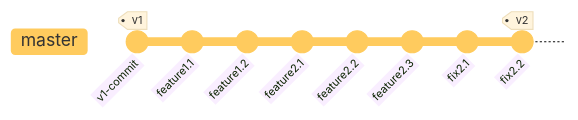
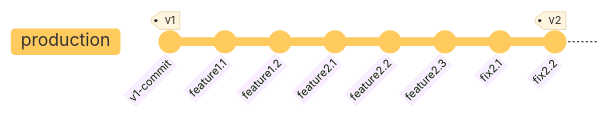
The fourth of 5 diagrams in doc/GIT_USAGE.md (NOAA-OWP/DMOD), drawn with Mermaid before and after one commit. The commit also changed other lines of this file, not shown here.

First line of the commit message:
Adjust names of branches in GIT_USAGE.md.

````diff
--- a/doc/GIT_USAGE.md
+++ b/doc/GIT_USAGE.md
@@ -99,12 +102,12 @@
 ```mermaid 
-    %%{init: { 'logLevel': 'debug', 'theme': 'base', 'gitGraph': { 'showBranches': true, 'showCommitLabel':true, 'mainBranchName': 'master'}}}%%
+    %%{init: { 'logLevel': 'debug', 'theme': 'base', 'gitGraph': { 'showBranches': true, 'showCommitLabel':true, 'mainBranchName': 'production'}}}%%
     gitGraph
         commit id:"v1-commit" tag:"v1"
         commit id:"feature1.1"
         commit id:"feature1.2"
         commit id:"feature2.1"
         commit id:"feature2.2"
         commit id:"feature2.3"
         commit id:"fix2.1"
         commit id:"fix2.2" tag:"v2"
 ```
````
